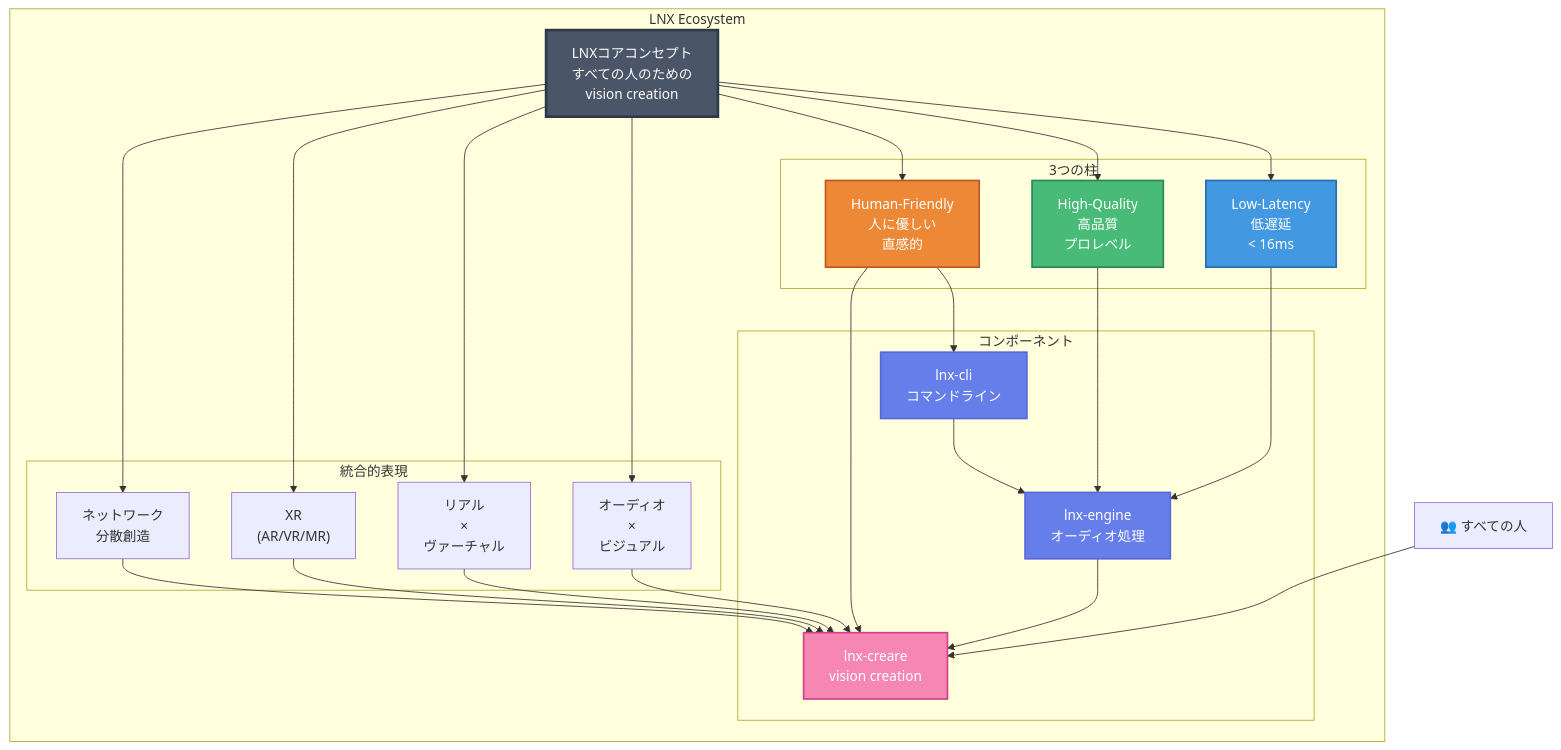
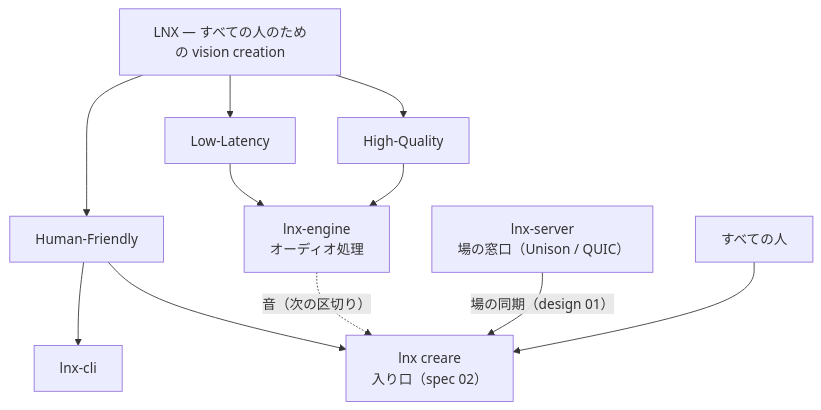
The diagram in docs/spec/01-core-concept.md (chronista-club/lnx), drawn with Mermaid before and after one commit. The commit also changed other lines of this file and 1 other file, not shown here.

First line of the commit message:
docs(spec): 01 core-concept と 02 creare を SDG の骨格で書き直す

````diff
--- a/docs/spec/01-core-concept.md
+++ b/docs/spec/01-core-concept.md
@@ -62,58 +106,22 @@
 ```mermaid
 graph TB
-    subgraph "LNX Ecosystem"
-        Core["LNXコアコンセプト<br/>すべての人のための<br/>vision creation"]
-
-        subgraph "3つの柱"
-            LowLatency["Low-Latency<br/>低遅延<br/>< 16ms"]
-            HighQuality["High-Quality<br/>高品質<br/>プロレベル"]
-            HumanFriendly["Human-Friendly<br/>人に優しい<br/>直感的"]
-        end
-
-        subgraph "統合的表現"
-            AudioVisual["オーディオ<br/>×<br/>ビジュアル"]
-            RealVirtual["リアル<br/>×<br/>ヴァーチャル"]
-            XR["XR<br/>(AR/VR/MR)"]
-            Network["ネットワーク<br/>分散創造"]
-        end
-
-        subgraph "コンポーネント"
-            Engine["lnx-engine<br/>オーディオ処理"]
-            CLI["lnx-cli<br/>コマンドライン"]
-            Creare["lnx-creare<br/>vision creation"]
-        end
-
-        Core --> LowLatency
-        Core --> HighQuality
-        Core --> HumanFriendly
-
-        Core --> AudioVisual
-        Core --> RealVirtual
-        Core --> XR
-        Core --> Network
-
-        LowLatency --> Engine
-        HighQuality --> Engine
-        HumanFriendly --> CLI
-        HumanFriendly --> Creare
-
-        Engine --> Creare
-        CLI --> Engine
-
-        AudioVisual --> Creare
-        RealVirtual --> Creare
-        XR --> Creare
-        Network --> Creare
-    end
-
-    Users["👥 すべての人"]
+    Core["LNX — すべての人のための vision creation"]
+    LL["Low-Latency"]
+    HQ["High-Quality"]
+    HF["Human-Friendly"]
+    Engine["lnx-engine<br/>オーディオ処理"]
+    Server["lnx-server<br/>場の窓口（Unison / QUIC）"]
+    CLI["lnx-cli"]
+    Creare["lnx creare<br/>入り口（spec 02）"]
+    Users["すべての人"]
+    Core --> LL
+    Core --> HQ
+    Core --> HF
+    LL --> Engine
+    HQ --> Engine
+    HF --> CLI
+    HF --> Creare
+    Engine -.->|"音（次の区切り）"| Creare
+    Server -->|"場の同期（design 01）"| Creare
     Users --> Creare
-
-    style Core fill:#4a5568,stroke:#2d3748,stroke-width:3px,color:#fff
-    style LowLatency fill:#4299e1,stroke:#2b6cb0,stroke-width:2px,color:#fff
-    style HighQuality fill:#48bb78,stroke:#2f855a,stroke-width:2px,color:#fff
-    style HumanFriendly fill:#ed8936,stroke:#c05621,stroke-width:2px,color:#fff
-    style Engine fill:#667eea,stroke:#5a67d8,stroke-width:2px,color:#fff
-    style CLI fill:#667eea,stroke:#5a67d8,stroke-width:2px,color:#fff
-    style Creare fill:#f687b3,stroke:#d53f8c,stroke-width:2px,color:#fff
 ```
````
